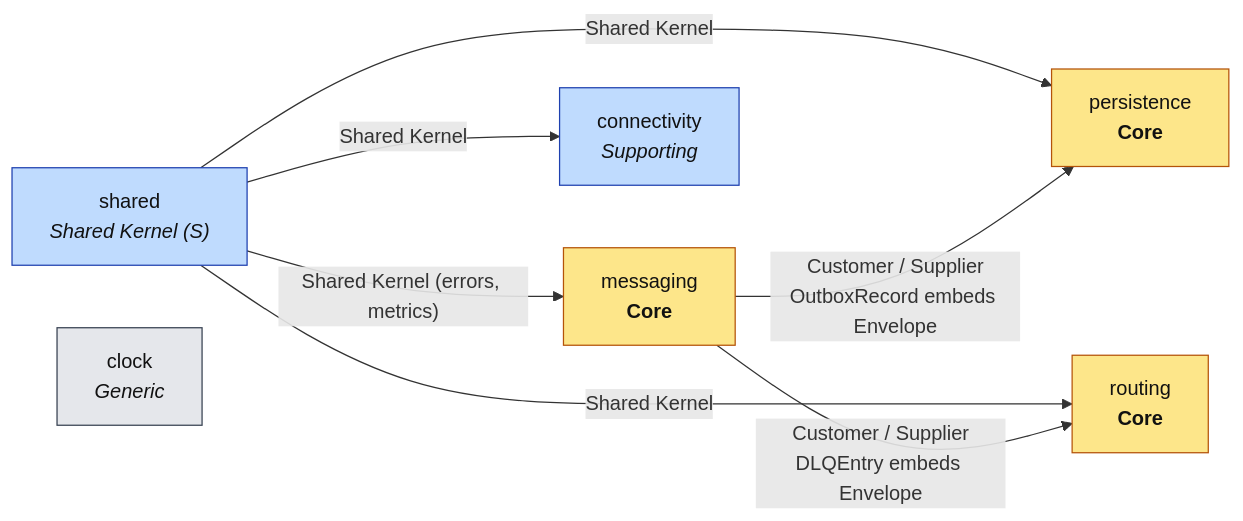
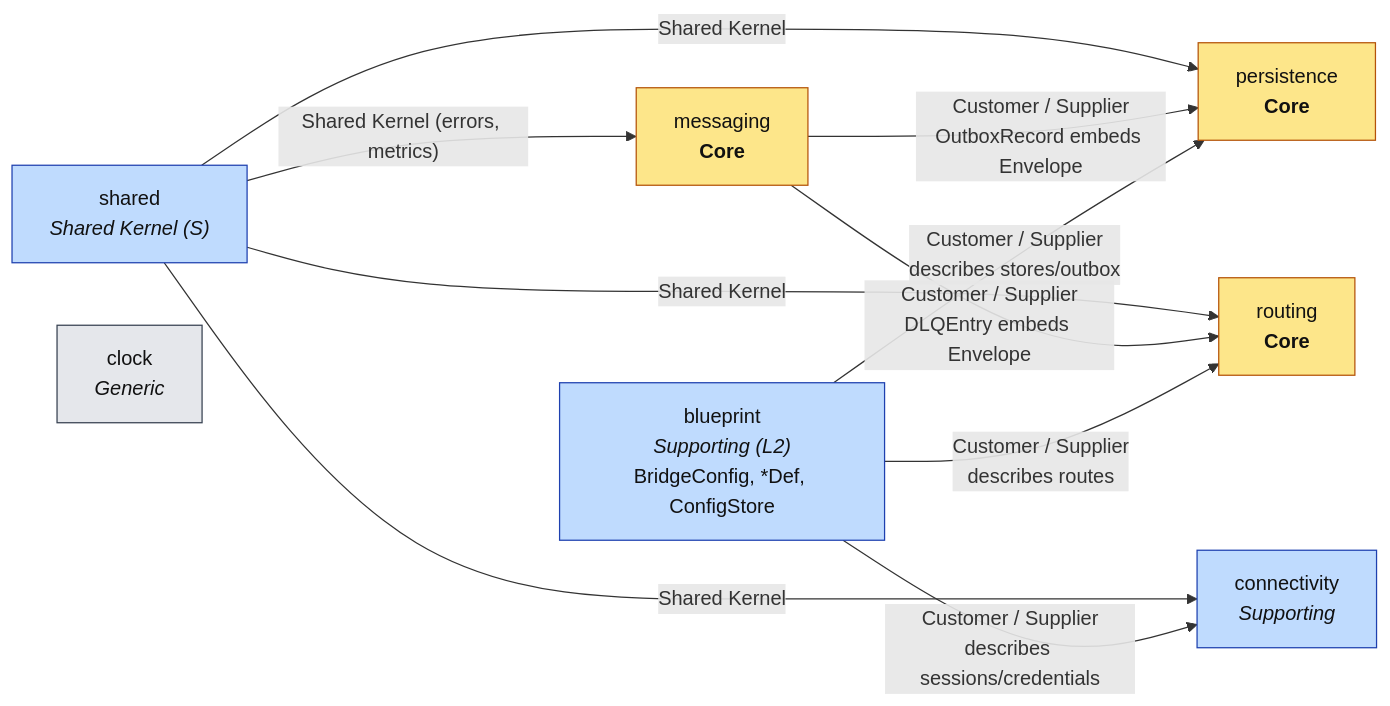
The tenth of 10 diagrams in DDD.md (mariotoffia/gobridge), drawn with Mermaid before and after one commit. The commit also changed other lines of this file and 10 other files, not shown here.

````diff
--- a/DDD.md
+++ b/DDD.md
@@ -444,20 +537,24 @@
 ```mermaid
 flowchart LR
     classDef core fill:#fde68a,stroke:#b45309,color:#111
     classDef supporting fill:#bfdbfe,stroke:#1e40af,color:#111
     classDef generic fill:#e5e7eb,stroke:#374151,color:#111
 
     shared["shared<br/><i>Shared Kernel (S)</i>"]:::supporting
     messaging["messaging<br/><b>Core</b>"]:::core
     persistence["persistence<br/><b>Core</b>"]:::core
     routing["routing<br/><b>Core</b>"]:::core
     connectivity["connectivity<br/><i>Supporting</i>"]:::supporting
     clock["clock<br/><i>Generic</i>"]:::generic
 
     shared -- "Shared Kernel (errors, metrics)" --> messaging
     shared -- "Shared Kernel" --> persistence
     shared -- "Shared Kernel" --> routing
     shared -- "Shared Kernel" --> connectivity
     messaging -- "Customer / Supplier<br/>OutboxRecord embeds Envelope" --> persistence
     messaging -- "Customer / Supplier<br/>DLQEntry embeds Envelope" --> routing
+    blueprint["blueprint<br/><i>Supporting (L2)</i><br/>BridgeConfig, *Def, ConfigStore"]:::supporting
+    blueprint -- "Customer / Supplier<br/>describes routes" --> routing
+    blueprint -- "Customer / Supplier<br/>describes sessions/credentials" --> connectivity
+    blueprint -- "Customer / Supplier<br/>describes stores/outbox" --> persistence
 ```
````
